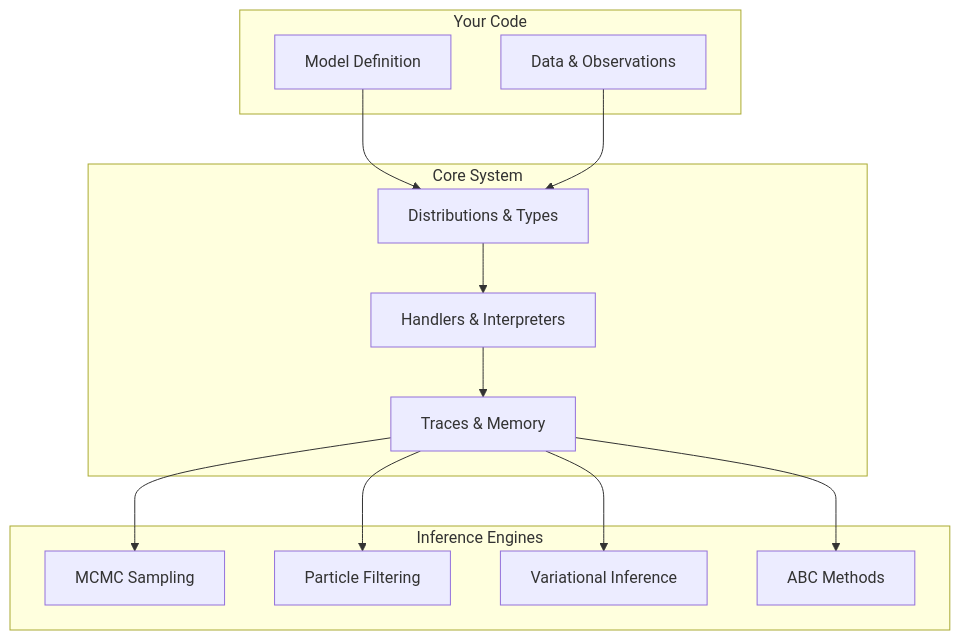
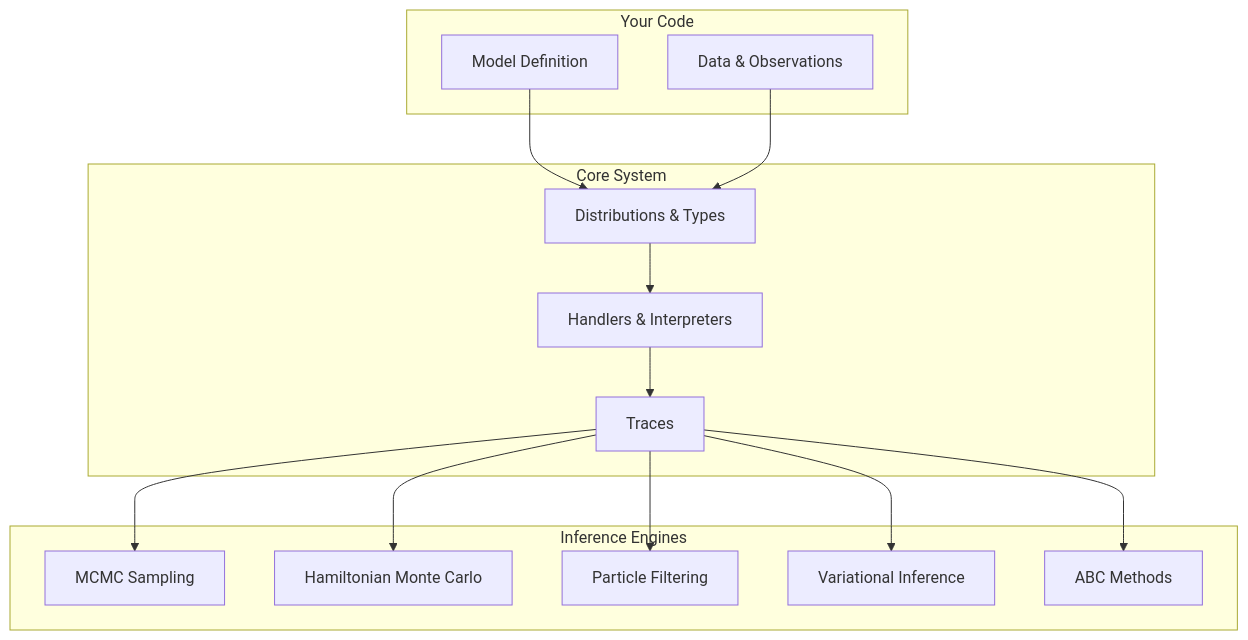
Before and after one commit to alexnodeland/fugue: the second of 2 diagrams in docs/src/getting-started/README.md, drawn with Mermaid. The commit also changed other lines of this file and 42 other files, not shown here.

````diff
--- a/docs/src/getting-started/README.md
+++ b/docs/src/getting-started/README.md
@@ -87,29 +87,31 @@
 ```mermaid
 graph TB
     subgraph "Your Code"
         M[Model Definition]
         D[Data & Observations]
     end
 
     subgraph "Core System"
         C[Distributions & Types]
         H[Handlers & Interpreters]
-        T[Traces & Memory]
+        T[Traces]
     end
 
     subgraph "Inference Engines"
         MCMC[MCMC Sampling]
+        HMC[Hamiltonian Monte Carlo]
         SMC[Particle Filtering]
         VI[Variational Inference]
         ABC[ABC Methods]
     end
 
     M --> C
     D --> C
     C --> H
     H --> T
     T --> MCMC
+    T --> HMC
     T --> SMC
     T --> VI
     T --> ABC
 ```
````
